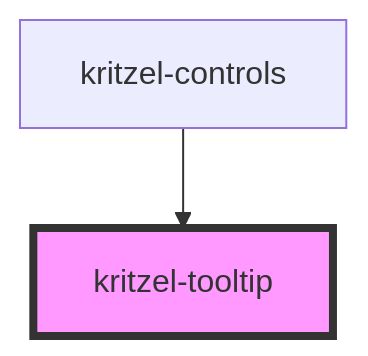
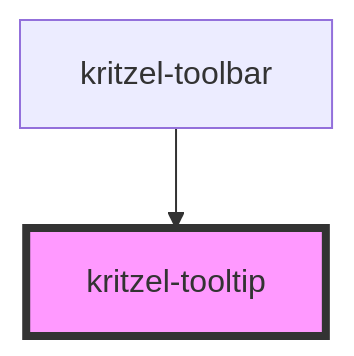
One commit to kasual1/kritzel changed the diagram in libs/kritzel-stencil/src/components/shared/kritzel-tooltip/readme.md. Above: the diagram before and after it, drawn with Mermaid. The commit also changed other lines of this file and 114 other files, not shown here.

Commit message:
#403: Rename controls to toolbar

````diff
--- a/libs/kritzel-stencil/src/components/shared/kritzel-tooltip/readme.md
+++ b/libs/kritzel-stencil/src/components/shared/kritzel-tooltip/readme.md
@@ -76,5 +76,5 @@
 ```mermaid
 graph TD;
-  kritzel-controls --> kritzel-tooltip
+  kritzel-toolbar --> kritzel-tooltip
   style kritzel-tooltip fill:#f9f,stroke:#333,stroke-width:4px
 ```
````
